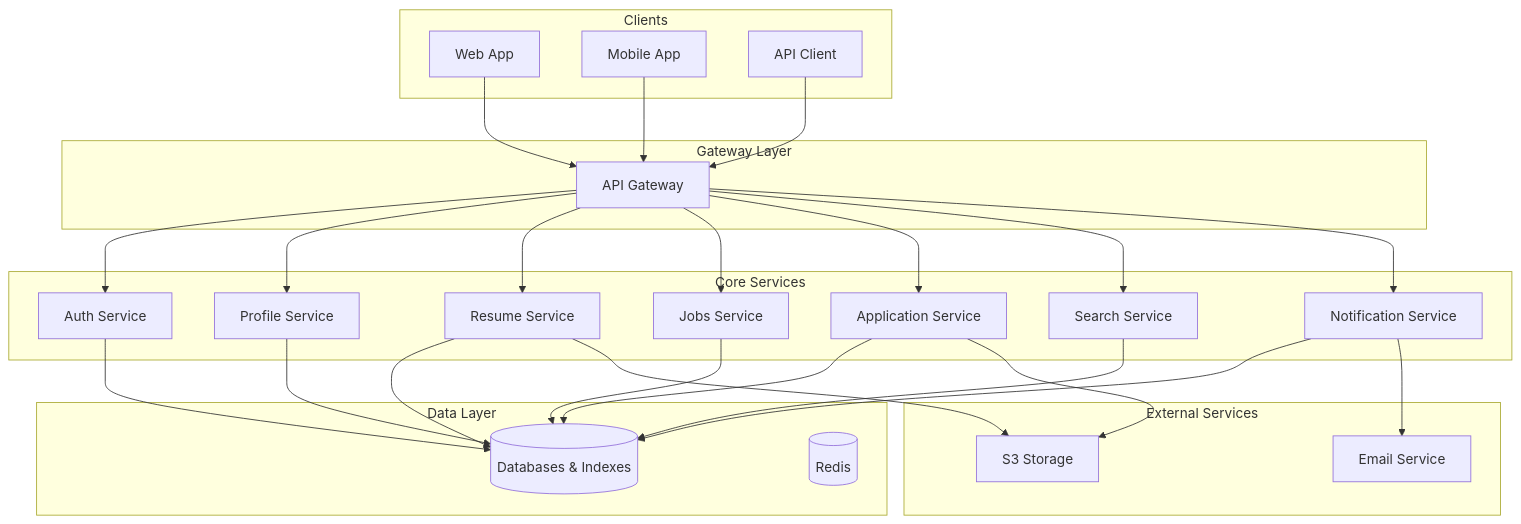
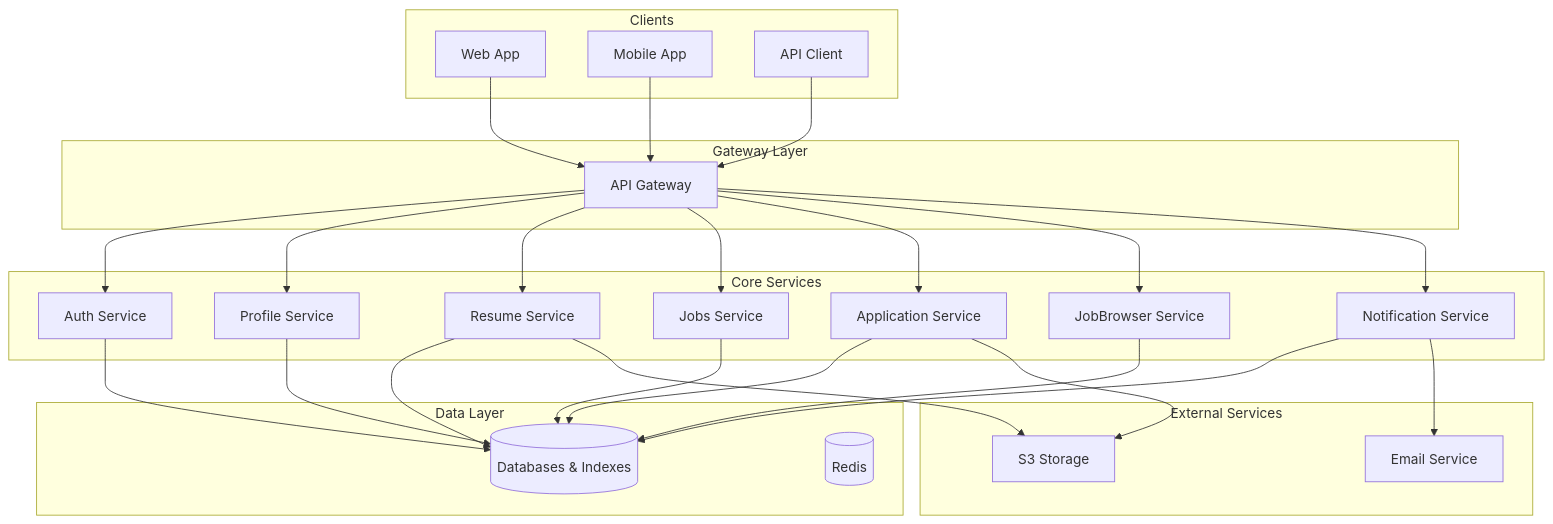
The diagram in docs/01-introduction/architecture.mdx (gkibria121/jump-into-job-docs), drawn with Mermaid before and after one commit. The commit also changed other lines of this file and 3 other files, not shown here.

Commit message:
rename search service

````diff
--- a/docs/01-introduction/architecture.mdx
+++ b/docs/01-introduction/architecture.mdx
@@ -7,58 +7,58 @@
 ```mermaid
 flowchart TD
     subgraph "Clients"
         Web[Web App]
         Mobile[Mobile App]
         APIClient[API Client]
     end
 
     subgraph "Gateway Layer"
         APIGW[API Gateway]
     end
 
     Web --> APIGW
     Mobile --> APIGW
     APIClient --> APIGW
 
     subgraph "Core Services"
         Auth[Auth Service]
         Profile[Profile Service]
         Resume[Resume Service]
         Jobs[Jobs Service]
         App[Application Service]
-        Search[Search Service]
+        Search[JobBrowser Service]
         Notif[Notification Service]
     end
 
     APIGW --> Auth
     APIGW --> Profile
     APIGW --> Resume
     APIGW --> Jobs
     APIGW --> App
     APIGW --> Search
     APIGW --> Notif
 
     subgraph "Data Layer"
         DBs[(Databases & Indexes)]
         Cache[(Redis)]
     end
 
     Auth --> DBs
     Profile --> DBs
     Resume --> DBs
     Jobs --> DBs
     App --> DBs
     Search --> DBs
     Notif --> DBs
 
     subgraph "External Services"
         Email[Email Service]
         S3[S3 Storage]
     end
 
     Resume --> S3
     Notif --> Email
     App --> S3
 
 
 ```
````
